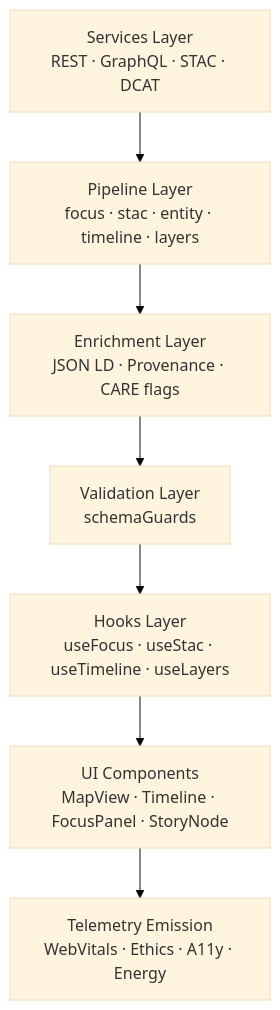
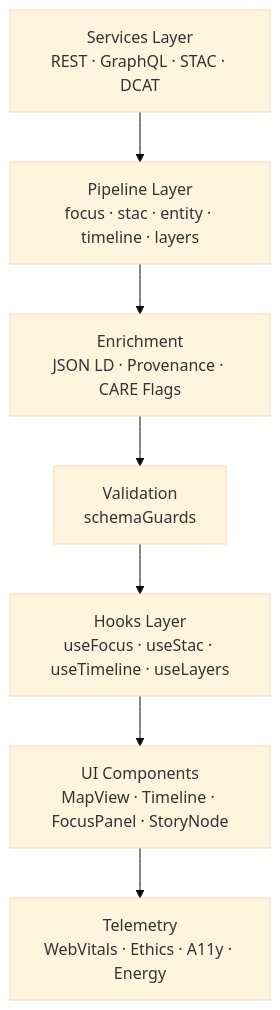
The diagram in web/src/pipelines/README.md (bartytime4life/Kansas-Frontier-Matrix), drawn with Mermaid (base theme) before and after one commit. The commit also changed other lines of this file, not shown here.

````diff
--- a/web/src/pipelines/README.md
+++ b/web/src/pipelines/README.md
@@ -76,9 +74,9 @@
 ```mermaid
 flowchart TD
     SVC[Services Layer<br/>REST · GraphQL · STAC · DCAT] --> PL[Pipeline Layer<br/>focus · stac · entity · timeline · layers]
-    PL --> ENR[Enrichment Layer<br/>JSON LD · Provenance · CARE flags]
-    ENR --> VAL[Validation Layer<br/>schemaGuards]
+    PL --> ENR[Enrichment<br/>JSON LD · Provenance · CARE Flags]
+    ENR --> VAL[Validation<br/>schemaGuards]
     VAL --> HK[Hooks Layer<br/>useFocus · useStac · useTimeline · useLayers]
     HK --> UI[UI Components<br/>MapView · Timeline · FocusPanel · StoryNode]
-    UI --> TEL[Telemetry Emission<br/>WebVitals · Ethics · A11y · Energy]
+    UI --> TEL[Telemetry<br/>WebVitals · Ethics · A11y · Energy]
 ```
````
